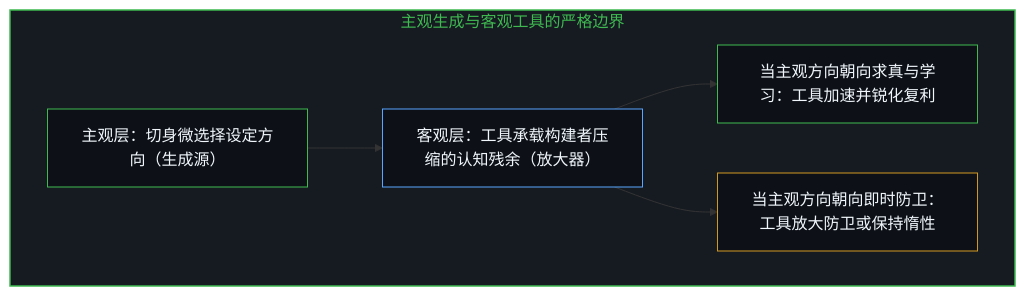
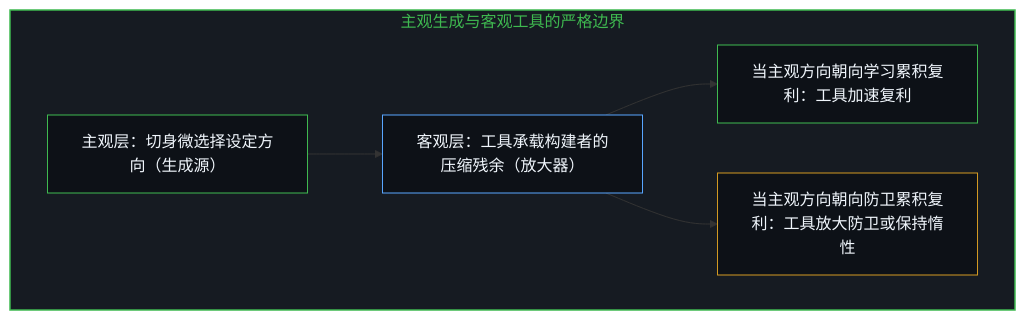
Before and after one commit to powerpig99/not-a-toe: the third of 4 diagrams in content/posts/the_illegible_compound_retraced.md, drawn with Mermaid. The commit also changed other lines of this file and 6 other files, not shown here.

````diff
--- a/content/posts/the_illegible_compound_retraced.md
+++ b/content/posts/the_illegible_compound_retraced.md
@@ -77,13 +87,13 @@
 ```mermaid
 graph TD
     subgraph S_Tool["主观生成与客观工具的严格边界"]
-        M1["主观层：切身微选择设定方向（生成源）"] --> M2["客观层：工具承载构建者压缩的认知残余（放大器）"]
-        M2 --> M3["当主观方向朝向求真与学习：工具加速并锐化复利"]
-        M2 --> M4["当主观方向朝向即时防卫：工具放大防卫或保持惰性"]
+        M1["主观层：切身微选择设定方向（生成源）"] --> M2["客观层：工具承载构建者的压缩残余（放大器）"]
+        M2 --> M3["当主观方向朝向学习累积复利：工具加速复利"]
+        M2 --> M4["当主观方向朝向防卫累积复利：工具放大防卫或保持惰性"]
     end
     style S_Tool fill:#161b22,stroke:#3fb950,stroke-width:1.5px,color:#3fb950
     style M1 fill:#0d1117,stroke:#3fb950,stroke-width:1px,color:#f0f6fc
     style M2 fill:#0d1117,stroke:#58a6ff,stroke-width:1px,color:#f0f6fc
     style M3 fill:#0d1117,stroke:#3fb950,stroke-width:1px,color:#f0f6fc
     style M4 fill:#0d1117,stroke:#d29922,stroke-width:1px,color:#f0f6fc
 ```
````
